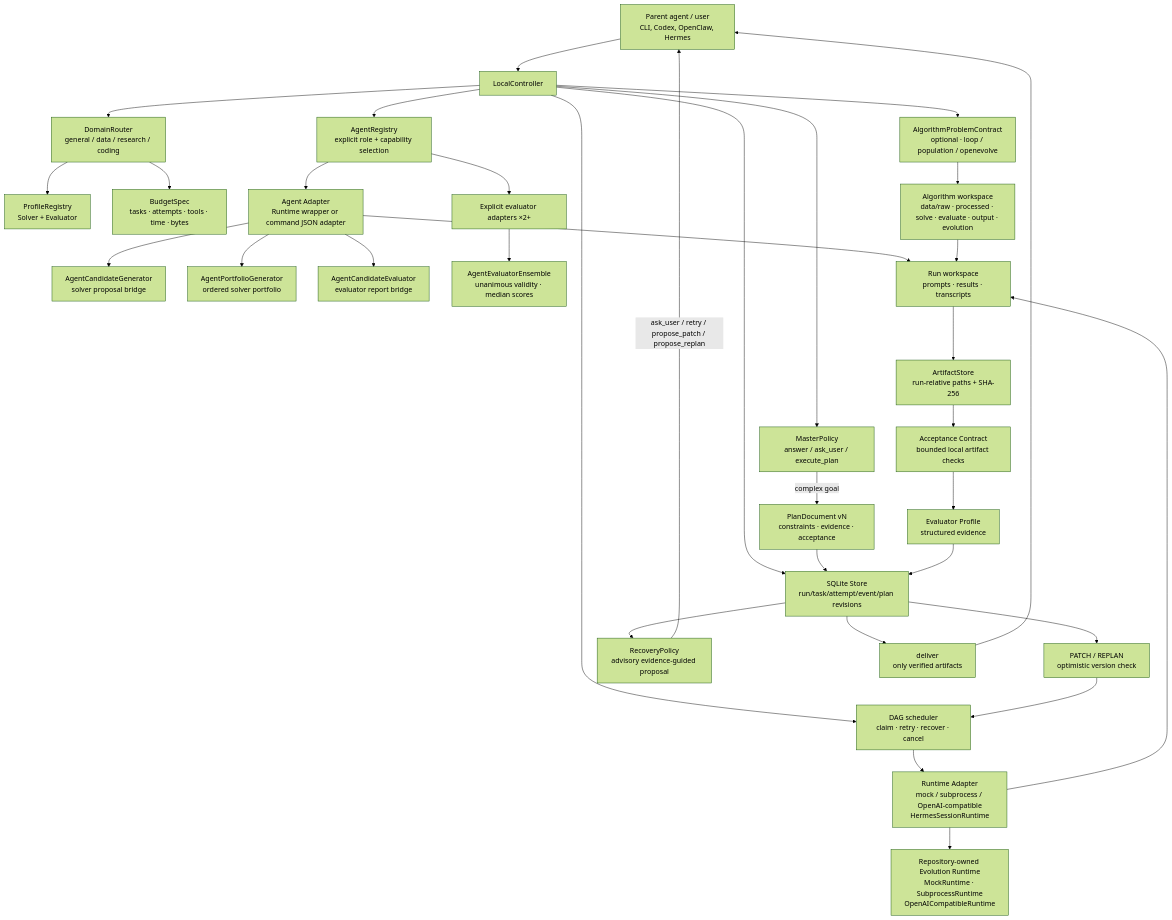
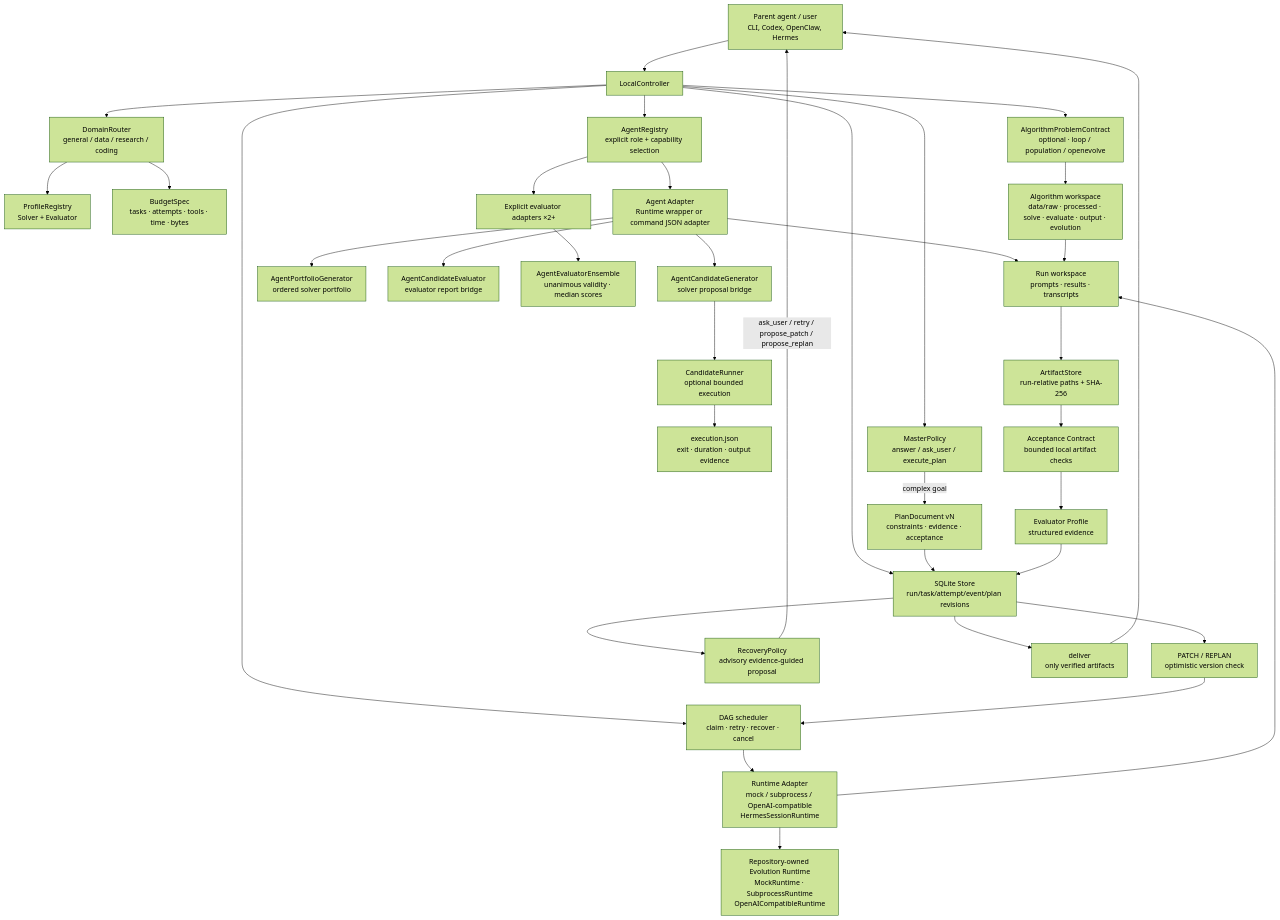
The diagram in docs/architecture.md (vchive/Lunar-Agent), drawn with Mermaid (forest theme) before and after one commit. The commit also changed other lines of this file and 14 other files, not shown here.

Commit message:
feat: add verified candidate execution

````diff
--- a/docs/architecture.md
+++ b/docs/architecture.md
@@ -8,36 +8,38 @@
 ```mermaid
 flowchart TD
     P[Parent agent / user\nCLI, Codex, OpenClaw, Hermes] --> C[LocalController]
     C --> R[DomainRouter\ngeneral / data / research / coding]
     R --> PR[ProfileRegistry\nSolver + Evaluator]
     C --> AP[AlgorithmProblemContract\noptional · loop / population / openevolve]
     R --> B[BudgetSpec\ntasks · attempts · tools · time · bytes]
     C --> M[MasterPolicy\nanswer / ask_user / execute_plan]
     M -->|complex goal| PD[PlanDocument vN\nconstraints · evidence · acceptance]
     C --> S[SQLite Store\nrun/task/attempt/event/plan revisions]
     PD --> S
     C --> D[DAG scheduler\nclaim · retry · recover · cancel]
     D --> A[Runtime Adapter\nmock / subprocess / OpenAI-compatible\nHermesSessionRuntime]
     A --> RA[Repository-owned Evolution Runtime\nMockRuntime · SubprocessRuntime\nOpenAICompatibleRuntime]
     C --> AR[AgentRegistry\nexplicit role + capability selection]
     AR --> AA[Agent Adapter\nRuntime wrapper or command JSON adapter]
     AA --> AG[AgentCandidateGenerator\nsolver proposal bridge]
+    AG --> CR[CandidateRunner\noptional bounded execution]
+    CR --> CE[execution.json\nexit · duration · output evidence]
     AA --> PG[AgentPortfolioGenerator\nordered solver portfolio]
     AA --> AE[AgentCandidateEvaluator\nevaluator report bridge]
     AR --> EA[Explicit evaluator adapters ×2+]
     EA --> EE[AgentEvaluatorEnsemble\nunanimous validity · median scores]
     A --> W[Run workspace\nprompts · results · transcripts]
     AA --> W
     AP --> AW[Algorithm workspace\ndata/raw · processed · solve · evaluate · output · evolution]
     AW --> W
     W --> AS[ArtifactStore\nrun-relative paths + SHA-256]
     AS --> AC[Acceptance Contract\nbounded local artifact checks]
     AC --> E[Evaluator Profile\nstructured evidence]
     E --> S
     S --> V[PATCH / REPLAN\noptimistic version check]
     V --> D
     S --> RP[RecoveryPolicy\nadvisory evidence-guided proposal]
     RP -->|ask_user / retry / propose_patch / propose_replan| P
     S --> DL[deliver\nonly verified artifacts]
     DL --> P
 ```
````
